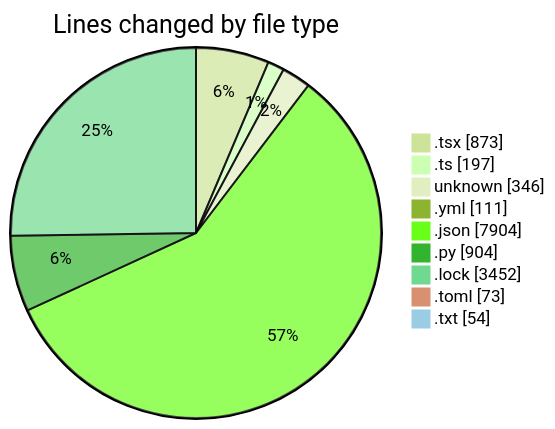
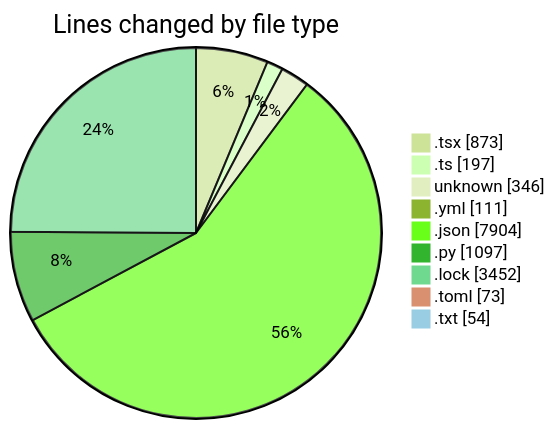
Before and after one commit to Elitesun/code-tracking: the first of 2 diagrams in 2025-05-20/niten/README.md, drawn with Mermaid (forest theme). The commit also changed other lines of this file and 1 other file, not shown here.

````diff
--- a/2025-05-20/niten/README.md
+++ b/2025-05-20/niten/README.md
@@ -45,13 +46,13 @@
 ```mermaid
 pie showData
 title Lines changed by file type
 ".tsx" : 873
 ".ts" : 197
 "unknown" : 346
 ".yml" : 111
 ".json" : 7904
-".py" : 904
+".py" : 1097
 ".lock" : 3452
 ".toml" : 73
 ".txt" : 54
 ```
````
